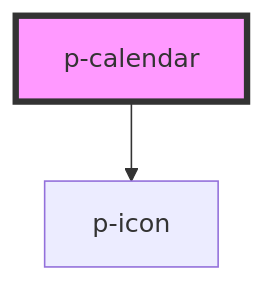
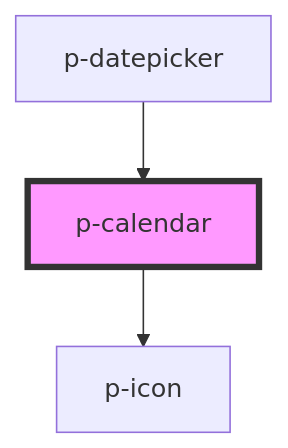
Before and after one commit to Employes/paperless: the diagram in packages/core/src/components/molecules/calendar/readme.md, drawn with Mermaid. The commit also changed other lines of this file and 10 other files, not shown here.

````diff
--- a/packages/core/src/components/molecules/calendar/readme.md
+++ b/packages/core/src/components/molecules/calendar/readme.md
@@ -39,5 +43,6 @@
 ```mermaid
 graph TD;
   p-calendar --> p-icon
+  p-datepicker --> p-calendar
   style p-calendar fill:#f9f,stroke:#333,stroke-width:4px
 ```
````
